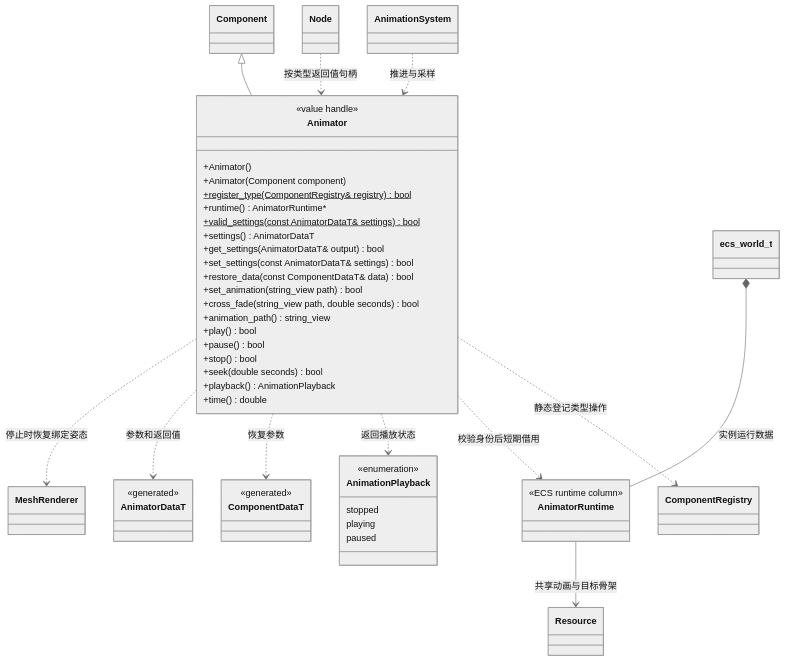
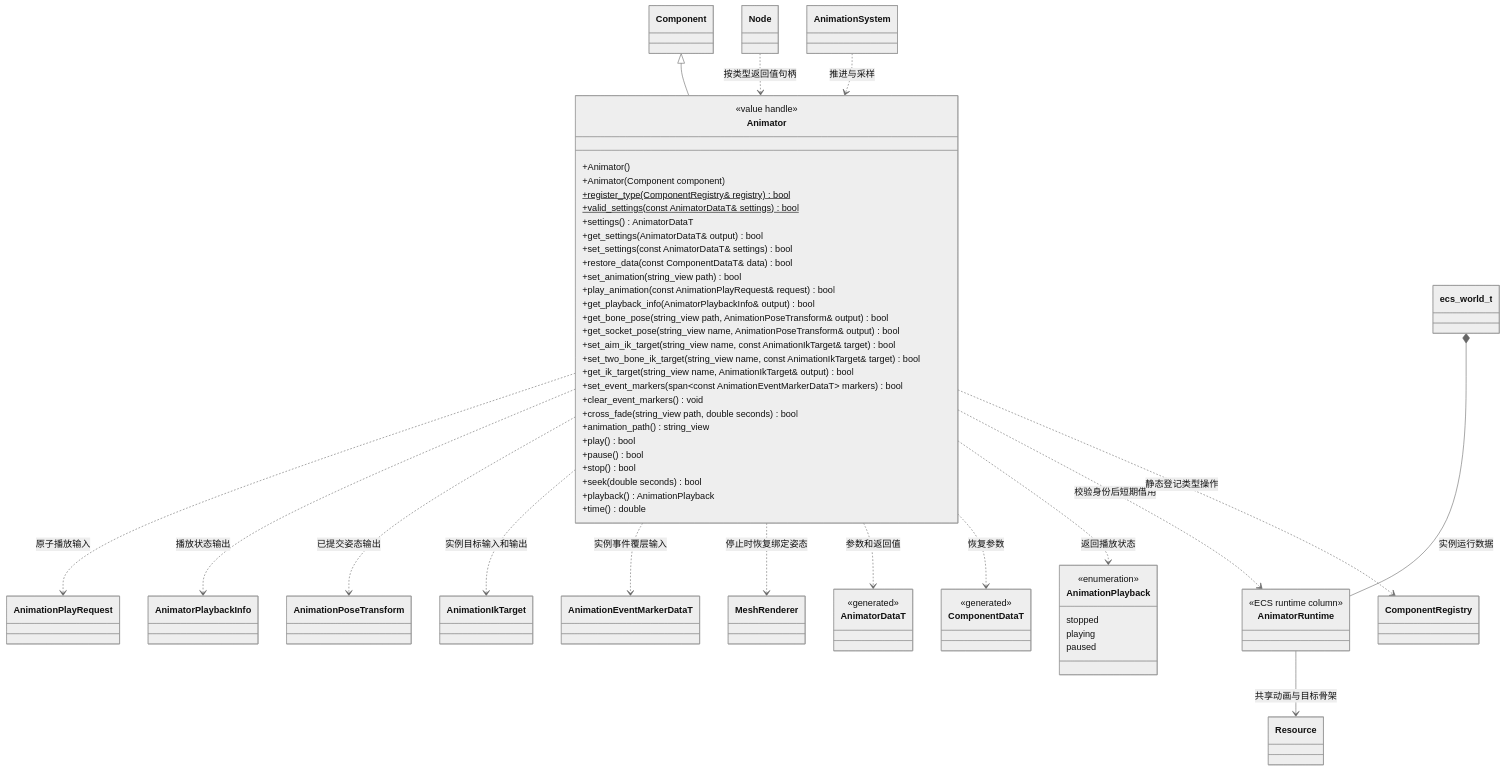
One commit to lcals/Engine changed the diagram in docs/runtime/class-diagrams/animator.md. Above: the diagram before and after it, drawn with Mermaid (neutral theme). The commit also changed other lines of this file and 125 other files, not shown here.

First line of the commit message:
Fix engine architecture contracts and recovery paths

````diff
--- a/docs/runtime/class-diagrams/animator.md
+++ b/docs/runtime/class-diagrams/animator.md
@@ -5,59 +5,77 @@
 ```mermaid
 classDiagram
     class Animator {
         <<value handle>>
         +Animator()
         +Animator(Component component)
         +register_type(ComponentRegistry& registry) bool$
-        +runtime() AnimatorRuntime#42;
         <<final>>
         +valid_settings(const AnimatorDataT& settings)$ bool
         +settings() AnimatorDataT
         +get_settings(AnimatorDataT& output) bool
         +set_settings(const AnimatorDataT& settings) bool
         +restore_data(const ComponentDataT& data) bool
         +set_animation(string_view path) bool
+        +play_animation(const AnimationPlayRequest& request) bool
+        +get_playback_info(AnimatorPlaybackInfo& output) bool
+        +get_bone_pose(string_view path, AnimationPoseTransform& output) bool
+        +get_socket_pose(string_view name, AnimationPoseTransform& output) bool
+        +set_aim_ik_target(string_view name, const AnimationIkTarget& target) bool
+        +set_two_bone_ik_target(string_view name, const AnimationIkTarget& target) bool
+        +get_ik_target(string_view name, AnimationIkTarget& output) bool
+        +set_event_markers(span~const AnimationEventMarkerDataT~ markers) bool
+        +clear_event_markers() void
         +cross_fade(string_view path, double seconds) bool
         +animation_path() string_view
         +play() bool
         +pause() bool
         +stop() bool
         +seek(double seconds) bool
         +playback() AnimationPlayback
         +time() double
     }
+    class AnimationPlayRequest
+    class AnimatorPlaybackInfo
+    class AnimationPoseTransform
+    class AnimationIkTarget
+    class AnimationEventMarkerDataT
+    Animator ..> AnimationPlayRequest : 原子播放输入
+    Animator ..> AnimatorPlaybackInfo : 播放状态输出
+    Animator ..> AnimationPoseTransform : 已提交姿态输出
+    Animator ..> AnimationIkTarget : 实例目标输入和输出
+    Animator ..> AnimationEventMarkerDataT : 实例事件覆层输入
     class Component
     class Node
     class AnimationSystem
     class MeshRenderer
     class Resource
     class AnimatorDataT {
         <<generated>>
     }
     class ComponentDataT {
         <<generated>>
     }
     class AnimationPlayback {
         <<enumeration>>
         stopped
         playing
         paused
     }
     Component <|-- Animator
     Node ..> Animator : 按类型返回值句柄
     AnimatorRuntime --> Resource : 共享动画与目标骨架
     Animator ..> MeshRenderer : 停止时恢复绑定姿态
     Animator ..> AnimatorDataT : 参数和返回值
     Animator ..> ComponentDataT : 恢复参数
     Animator ..> AnimationPlayback : 返回播放状态
     AnimationSystem ..> Animator : 推进与采样
     class ComponentRegistry
     class ecs_world_t
     class AnimatorRuntime {
         <<ECS runtime column>>
     }
     ecs_world_t *-- AnimatorRuntime : 实例运行数据
     Animator ..> AnimatorRuntime : 校验身份后短期借用
     Animator ..> ComponentRegistry : 静态登记类型操作
 
 ```
````
